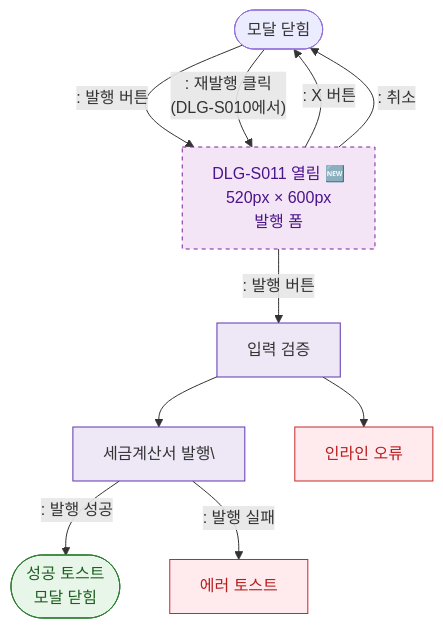
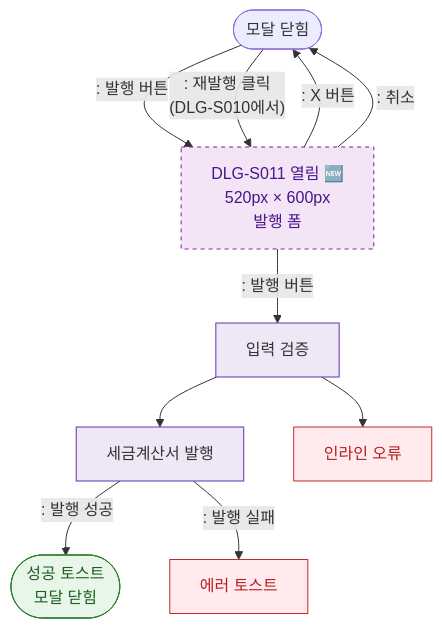
Before and after one commit to dev-spogym/admin-pando: the diagram in docs/admin/다이어그램/D03_매출관리/DLG-S011_세금계산서발행/M1_모달생명주기.md, drawn with Mermaid. The commit also changed 369 other files, not shown here.

````diff
--- a/docs/admin/다이어그램/D03_매출관리/DLG-S011_세금계산서발행/M1_모달생명주기.md
+++ b/docs/admin/다이어그램/D03_매출관리/DLG-S011_세금계산서발행/M1_모달생명주기.md
@@ -18,25 +18,25 @@
 ```mermaid
 flowchart TD
     CLOSED([모달 닫힘]) -->|": 발행 버튼"|OPEN[DLG-S011 열림 🆕\n520px × 600px\n발행 폼]
     CLOSED -->|": 재발행 클릭\n(DLG-S010에서)"|OPEN
 
     OPEN -->|": 발행 버튼"|VALIDATE[입력 검증]
     OPEN -->|": X 버튼"|CLOSED
     OPEN -->|": 취소"|CLOSED
 
-    VALIDATE --> ISSUE[세금계산서 발행\]
+    VALIDATE --> ISSUE[세금계산서 발행]
     VALIDATE --> ERR_INLINE[인라인 오류]
 
     ISSUE -->|": 발행 성공"|SUCCESS([성공 토스트\n모달 닫힘])
     ISSUE -->|": 발행 실패"|ERR_TOAST[에러 토스트]
 
     classDef newFeature fill:#F3E5F5,stroke:#7B1FA2,color:#4A148C,stroke-dasharray:4 4
     classDef system fill:#EDE7F6,stroke:#5E35B2
     classDef success fill:#E8F5E9,stroke:#2E7D32,color:#1B5E20
     classDef error fill:#FFEBEE,stroke:#C62828,color:#B71C1C
 
     class OPEN newFeature
     class VALIDATE,ISSUE system
     class SUCCESS success
     class ERR_INLINE,ERR_TOAST error
 ```
````
